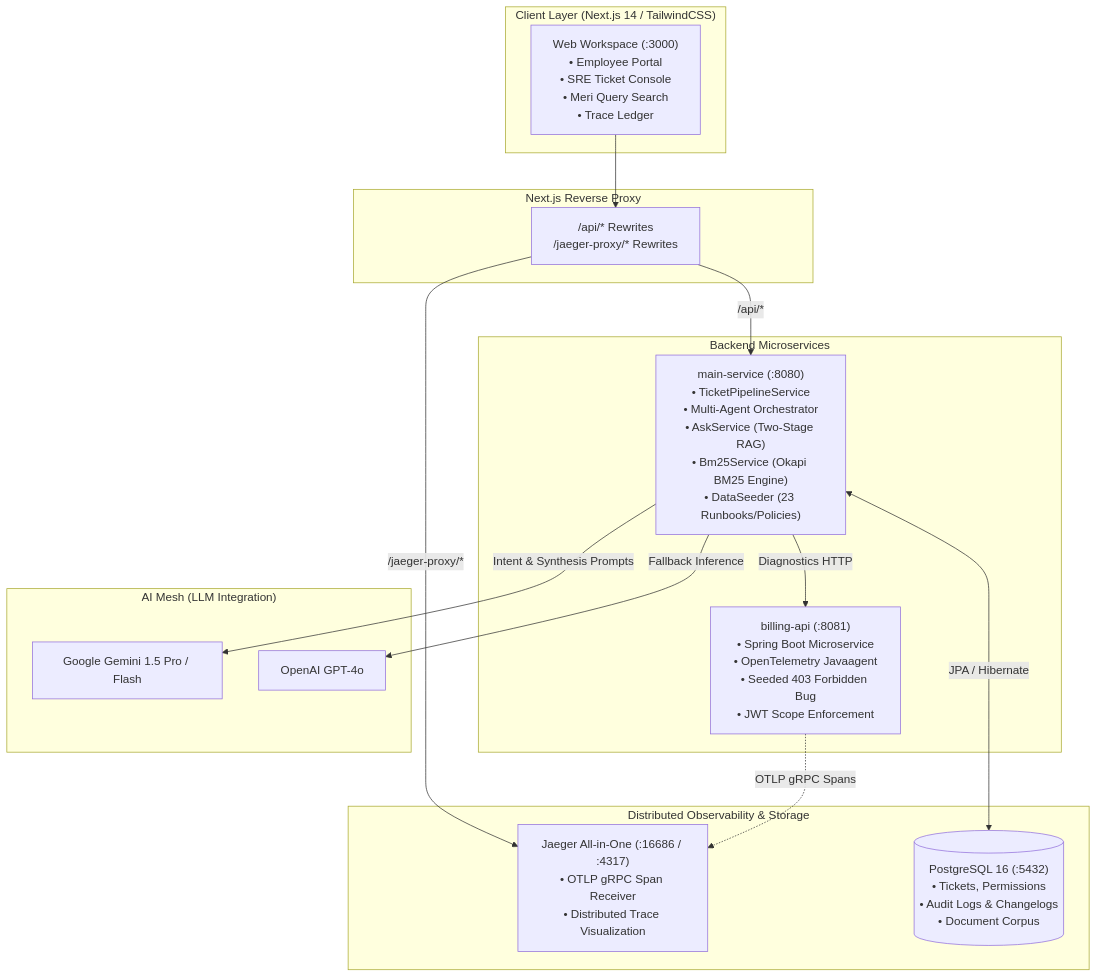
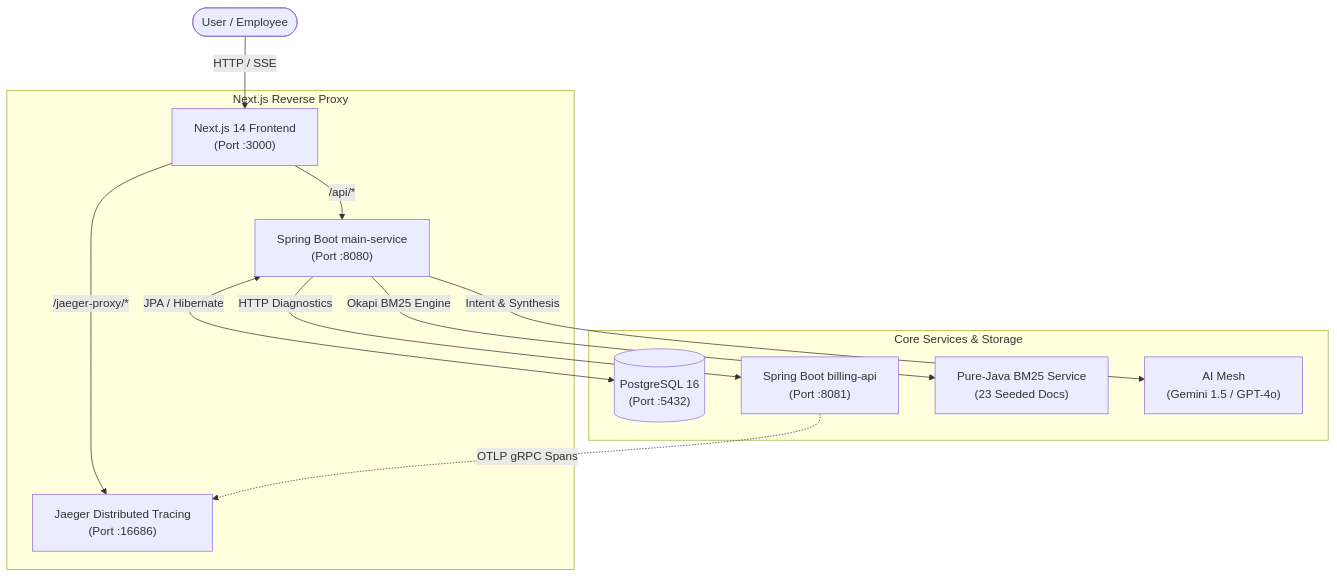
Before and after one commit to gagansingh0805/Velloe: the first of 3 diagrams in README.md, drawn with Mermaid. The commit also changed other lines of this file, not shown here.

Commit message:
docs: clean and fix README diagrams, LaTeX formulas, and detailed feature breakdowns

````diff
--- a/README.md
+++ b/README.md
@@ -52,34 +54,18 @@
 ```mermaid
 flowchart TD
-    subgraph ClientLayer ["Client Layer (Next.js 14 / TailwindCSS)"]
-        UI["Web Workspace (:3000)<br/>• Employee Portal<br/>• SRE Ticket Console<br/>• Meri Query Search<br/>• Trace Ledger"]
+    User([User / Employee]) -->|HTTP / SSE| Frontend["Next.js 14 Frontend<br/>(Port :3000)"]
+    
+    subgraph Gateway ["Next.js Reverse Proxy"]
+        Frontend -->|/api/*| MainService["Spring Boot main-service<br/>(Port :8080)"]
+        Frontend -->|/jaeger-proxy/*| Jaeger["Jaeger Distributed Tracing<br/>(Port :16686)"]
     end
 
-    subgraph APIGateway ["Next.js Reverse Proxy"]
-        Proxy["/api/* Rewrites<br/>/jaeger-proxy/* Rewrites"]
+    subgraph BackendMesh ["Core Services & Storage"]
+        MainService <-->|JPA / Hibernate| DB[("PostgreSQL 16<br/>(Port :5432)")]
+        MainService -->|HTTP Diagnostics| BillingApi["Spring Boot billing-api<br/>(Port :8081)"]
+        MainService -->|Okapi BM25 Engine| BM25["Pure-Java BM25 Service<br/>(23 Seeded Docs)"]
+        MainService -->|Intent & Synthesis| LLM["AI Mesh<br/>(Gemini 1.5 / GPT-4o)"]
     end
 
-    subgraph CoreServices ["Backend Microservices"]
-        MainService["main-service (:8080)<br/>• TicketPipelineService<br/>• Multi-Agent Orchestrator<br/>• AskService (Two-Stage RAG)<br/>• Bm25Service (Okapi BM25 Engine)<br/>• DataSeeder (23 Runbooks/Policies)"]
-        BillingService["billing-api (:8081)<br/>• Spring Boot Microservice<br/>• OpenTelemetry Javaagent<br/>• Seeded 403 Forbidden Bug<br/>• JWT Scope Enforcement"]
-    end
-
-    subgraph ObservabilityMesh ["Distributed Observability & Storage"]
-        Jaeger["Jaeger All-in-One (:16686 / :4317)<br/>• OTLP gRPC Span Receiver<br/>• Distributed Trace Visualization"]
-        Postgres[("PostgreSQL 16 (:5432)<br/>• Tickets, Permissions<br/>• Audit Logs & Changelogs<br/>• Document Corpus")]
-    end
-
-    subgraph LLMProviders ["AI Mesh (LLM Integration)"]
-        Gemini["Google Gemini 1.5 Pro / Flash"]
-        OpenAI["OpenAI GPT-4o"]
-    end
-
-    UI --> Proxy
-    Proxy -->|/api/*| MainService
-    Proxy -->|/jaeger-proxy/*| Jaeger
-    MainService -->|Diagnostics HTTP| BillingService
-    BillingService -.->|OTLP gRPC Spans| Jaeger
-    MainService <-->|JPA / Hibernate| Postgres
-    MainService -->|Intent & Synthesis Prompts| Gemini
-    MainService -->|Fallback Inference| OpenAI
+    BillingApi -.->|OTLP gRPC Spans| Jaeger
 ```
````
